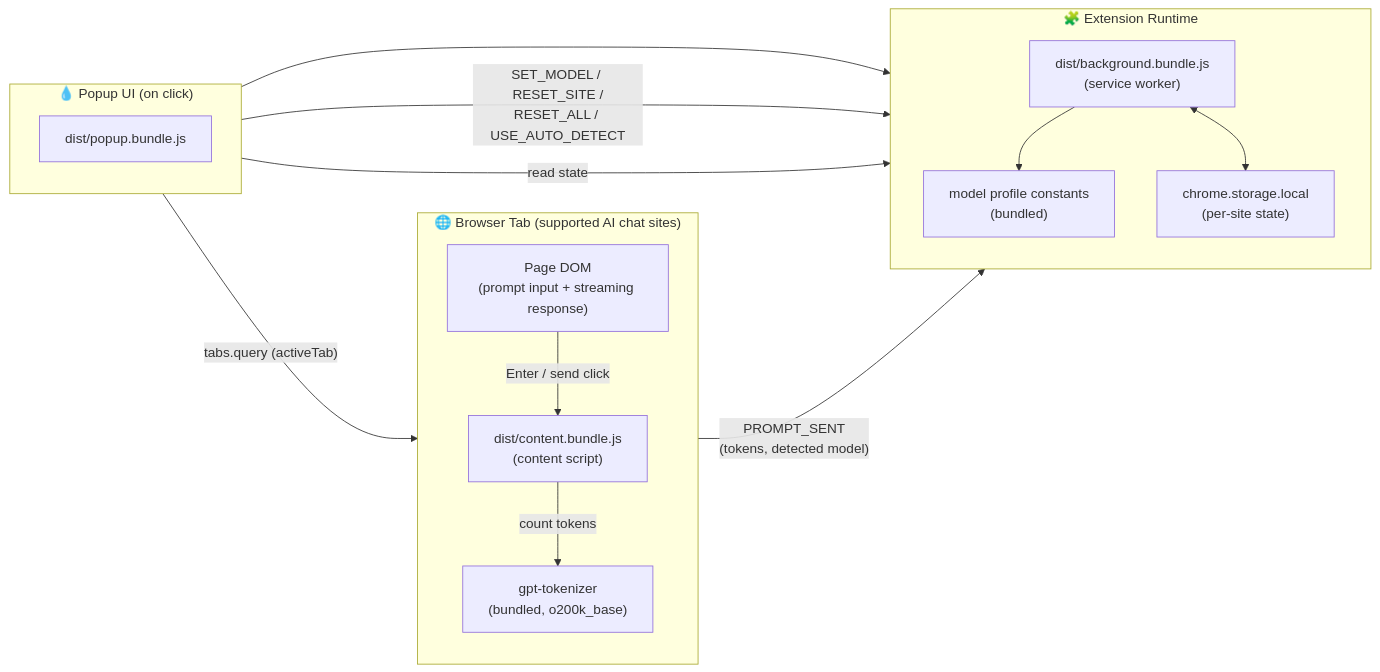
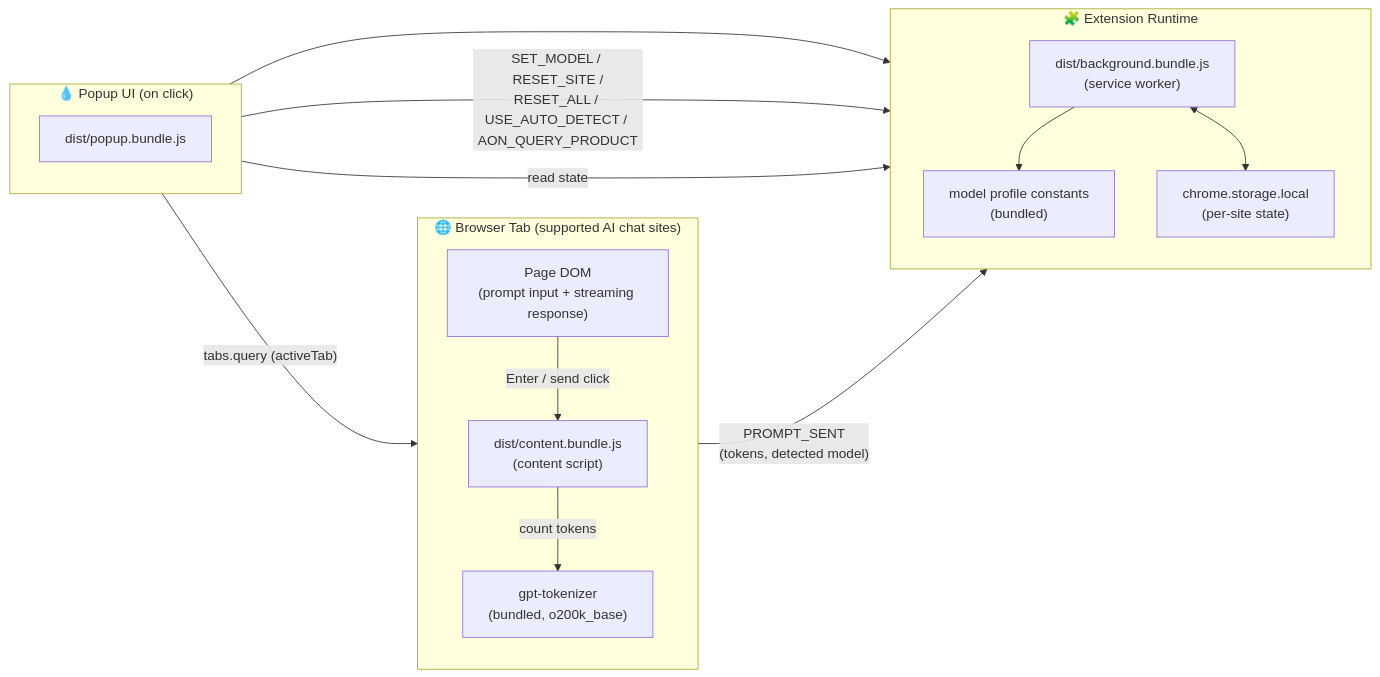
Before and after one commit to ayush60728/AquaTrace: the diagram in README.md, drawn with Mermaid. The commit also changed other lines of this file and 14 other files, not shown here.

````diff
--- a/README.md
+++ b/README.md
@@ -7,35 +7,35 @@
 ```mermaid
 graph LR
     %% ── Browser Tab ──────────────────────────────────────
     subgraph TAB["🌐 Browser Tab (supported AI chat sites)"]
         direction TB
         DOM["Page DOM\n(prompt input + streaming response)"]
         CS["dist/content.bundle.js\n(content script)"]
         TOK["gpt-tokenizer\n(bundled, o200k_base)"]
         DOM -->|"Enter / send click"| CS
         CS -->|"count tokens"| TOK
     end
 
     %% ── Extension Runtime ────────────────────────────────
     subgraph EXT["🧩 Extension Runtime"]
         direction TB
         BG["dist/background.bundle.js\n(service worker)"]
         CFG["model profile constants\n(bundled)"]
         STORE["chrome.storage.local\n(per-site state)"]
         BG --> CFG
         BG <--> STORE
     end
 
     %% ── Popup UI ─────────────────────────────────────────
     subgraph POPUP["💧 Popup UI (on click)"]
         direction TB
         UI["dist/popup.bundle.js"]
         UI --> CFG
     end
 
     %% ── Flows ────────────────────────────────────────────
     CS -->|"PROMPT_SENT\n(tokens, detected model)"| BG
-    UI -->|"SET_MODEL / RESET_SITE /\nRESET_ALL / USE_AUTO_DETECT"| BG
+     UI -->|"SET_MODEL / RESET_SITE /\nRESET_ALL / USE_AUTO_DETECT / AON_QUERY_PRODUCT"| BG
     UI -->|"tabs.query (activeTab)"| TAB
     UI -->|"read state"| STORE
 ```
````
